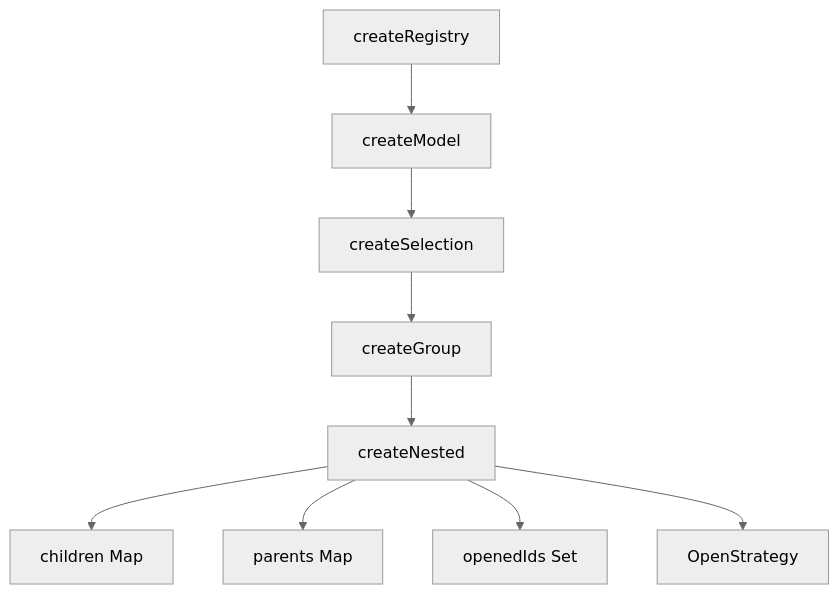
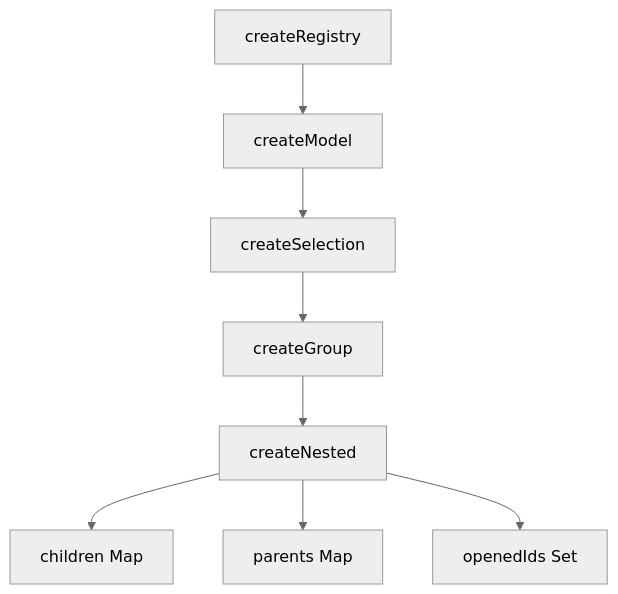
One commit to vuetifyjs/0 changed the diagram in apps/docs/src/pages/composables/selection/create-nested.md. Above: the diagram before and after it, drawn with Mermaid (neutral theme). The commit also changed other lines of this file and 4 other files, not shown here.

First line of the commit message:
refactor(createNested): remove deprecated openStrategy API

````diff
--- a/apps/docs/src/pages/composables/selection/create-nested.md
+++ b/apps/docs/src/pages/composables/selection/create-nested.md
@@ -53,11 +53,10 @@
 ```mermaid "Nested Hierarchy"
 flowchart TD
   createRegistry --> createModel
   createModel --> createSelection
   createSelection --> createGroup
   createGroup --> createNested
   createNested --> children[children Map]
   createNested --> parents[parents Map]
   createNested --> openedIds[openedIds Set]
-  createNested --> OpenStrategy[OpenStrategy]
 ```
````
